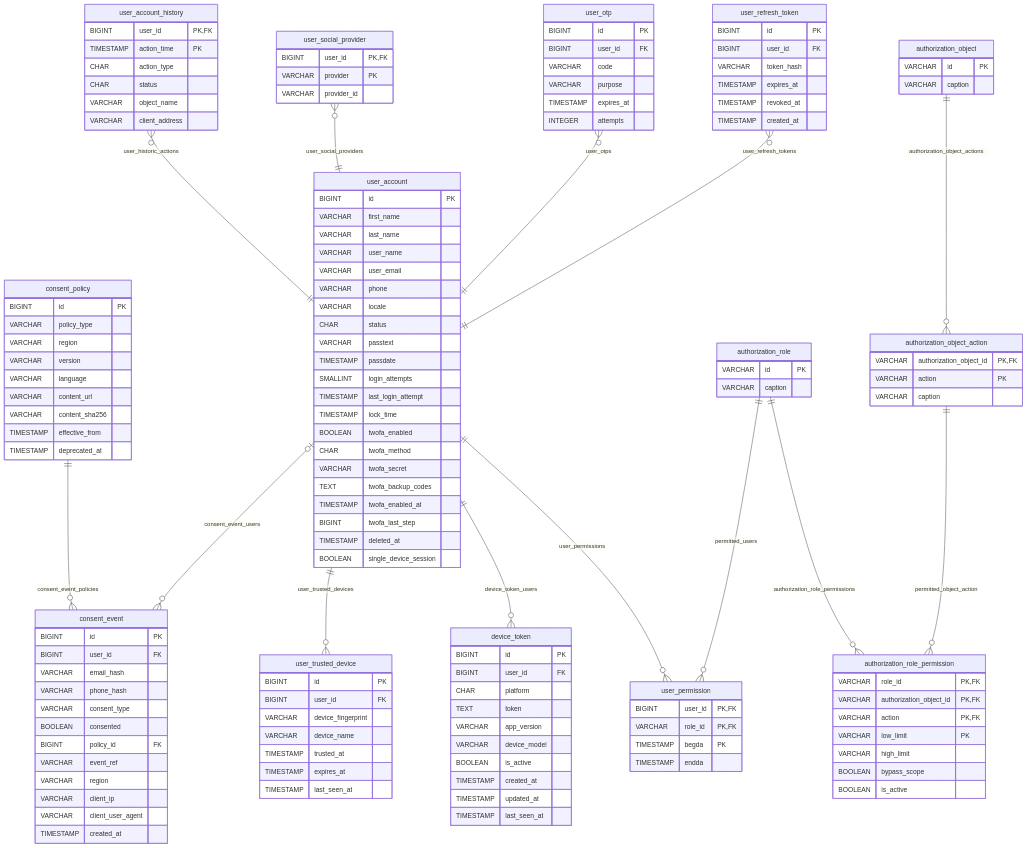
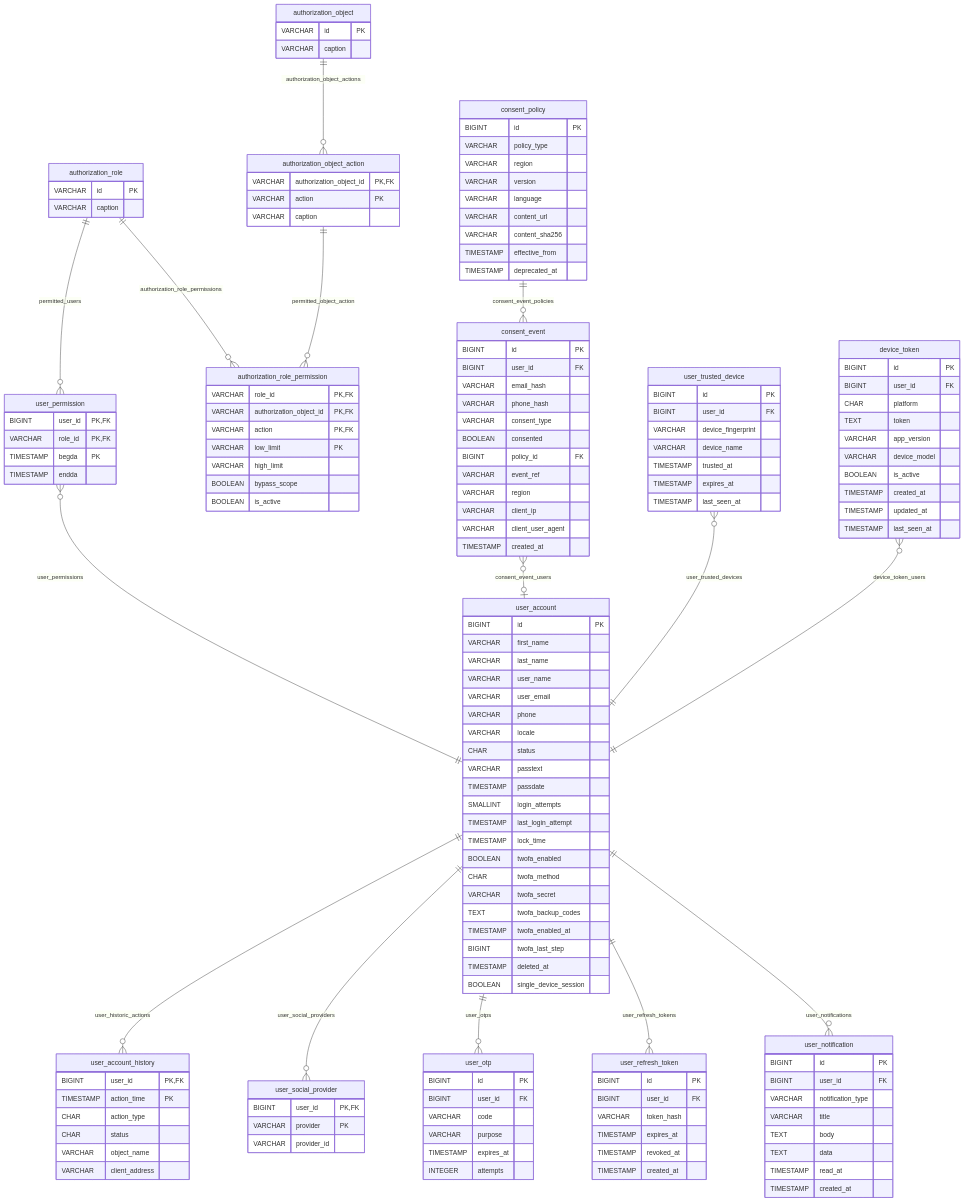
Before and after one commit to nauticana/keel: the seventh of 20 diagrams in DB.md, drawn with Mermaid. The commit also changed other lines of this file and 35 other files, not shown here.

````diff
--- a/DB.md
+++ b/DB.md
@@ -417,22 +420,23 @@
 ```mermaid
 erDiagram
 
-    consent_policy ||--o{ consent_event : "consent_event_policies"
-
-    user_account_history }o--|| user_account : "user_historic_actions"
-    user_social_provider }o--|| user_account : "user_social_providers"
-    user_otp }o--|| user_account : "user_otps"
-    user_refresh_token }o--|| user_account : "user_refresh_tokens"
-
-    user_account o|--o{ consent_event : "consent_event_users"
-    user_account ||--o{ user_trusted_device : "user_trusted_devices"
-    user_account ||--o{ device_token : "device_token_users"
-
-    user_account ||--o{ user_permission : "user_permissions"
     authorization_role ||--o{ user_permission : "permitted_users"
     authorization_object ||--o{ authorization_object_action : "authorization_object_actions"
     authorization_role ||--o{ authorization_role_permission : "authorization_role_permissions"
     authorization_object_action ||--o{ authorization_role_permission : "permitted_object_action"
+
+    consent_policy ||--o{ consent_event : "consent_event_policies"
+
+    user_account ||--o{ user_account_history : "user_historic_actions"
+    user_account ||--o{ user_social_provider : "user_social_providers"
+    user_account ||--o{ user_otp : "user_otps"
+    user_account ||--o{ user_refresh_token : "user_refresh_tokens"
+    user_account ||--o{ user_notification : "user_notifications"
+
+    consent_event }o--|o user_account : "consent_event_users"
+    user_trusted_device }o--|| user_account : "user_trusted_devices"
+    device_token }o--|| user_account : "device_token_users"
+    user_permission }o--|| user_account : "user_permissions"
 
     user_account_history {
         BIGINT user_id PK,FK
@@ -483,6 +487,16 @@
         TIMESTAMP created_at
         TIMESTAMP updated_at
         TIMESTAMP last_seen_at
+    }
+    user_notification {
+        BIGINT id PK
+        BIGINT user_id FK
+        VARCHAR notification_type
+        VARCHAR title
+        TEXT body
+        TEXT data
+        TIMESTAMP read_at
+        TIMESTAMP created_at
     }
     user_account {
         BIGINT id PK
````
